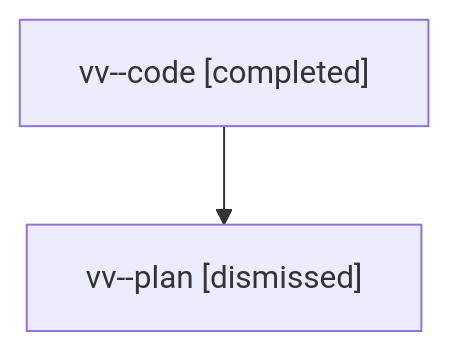
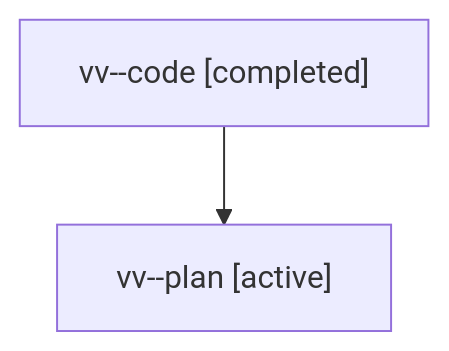
One commit to bobs-org/bob-cli--agents changed the diagram in families/bbugyi200.athena.vv.md. Above: the diagram before and after it, drawn with Mermaid. The commit also changed other lines of this file and 1279 other files, not shown here.

````diff
--- a/families/bbugyi200.athena.vv.md
+++ b/families/bbugyi200.athena.vv.md
@@ -9,6 +9,6 @@
 ```mermaid
 flowchart TD
   n0["vv--code [completed]"]
-  n1["vv--plan [dismissed]"]
+  n1["vv--plan [active]"]
   n0 --> n1
 ```
````
